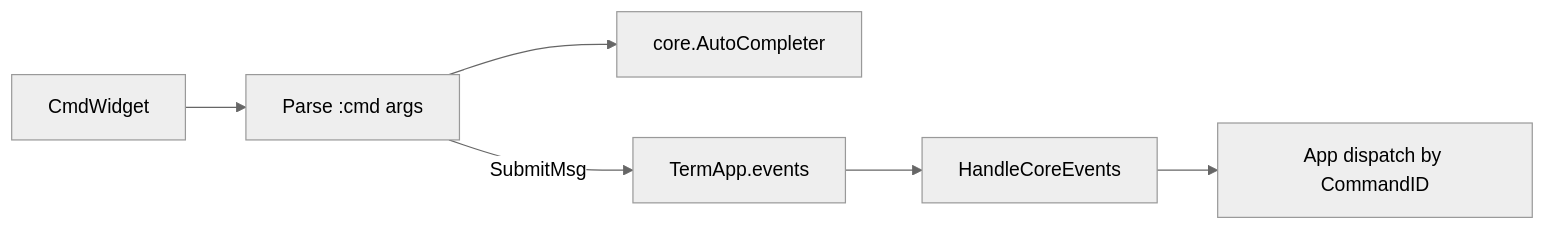
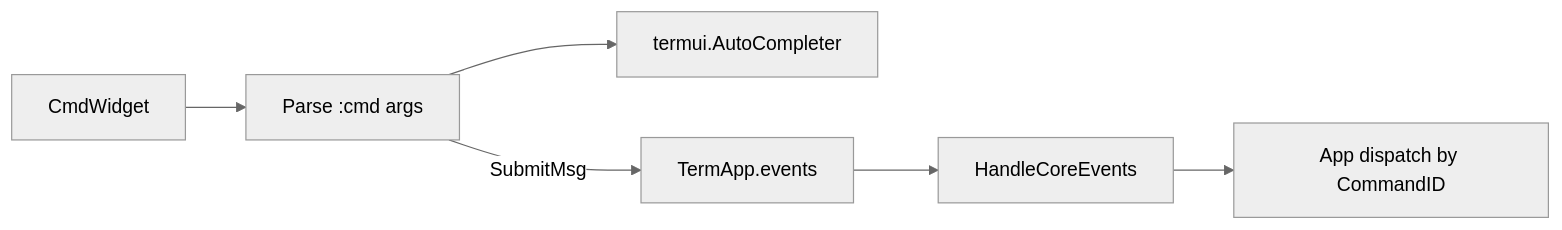
One commit to yairgd/gdbforge changed the fourth of 4 diagrams in docs/INPUT.md. Above: the diagram before and after it, drawn with Mermaid (neutral theme). The commit also changed other lines of this file and 18 other files, not shown here.

````diff
--- a/docs/INPUT.md
+++ b/docs/INPUT.md
@@ -175,12 +273,12 @@
 ```mermaid
 flowchart LR
     CmdLine["CmdWidget"]
     Parse["Parse :cmd args"]
-    Completer["core.AutoCompleter"]
+    Completer["termui.AutoCompleter"]
     Bus["TermApp.events"]
     Handler["HandleCoreEvents"]
     Actions["App dispatch by CommandID"]
 
     CmdLine --> Parse --> Completer
     Parse -->|"SubmitMsg"| Bus --> Handler --> Actions
 ```
````
